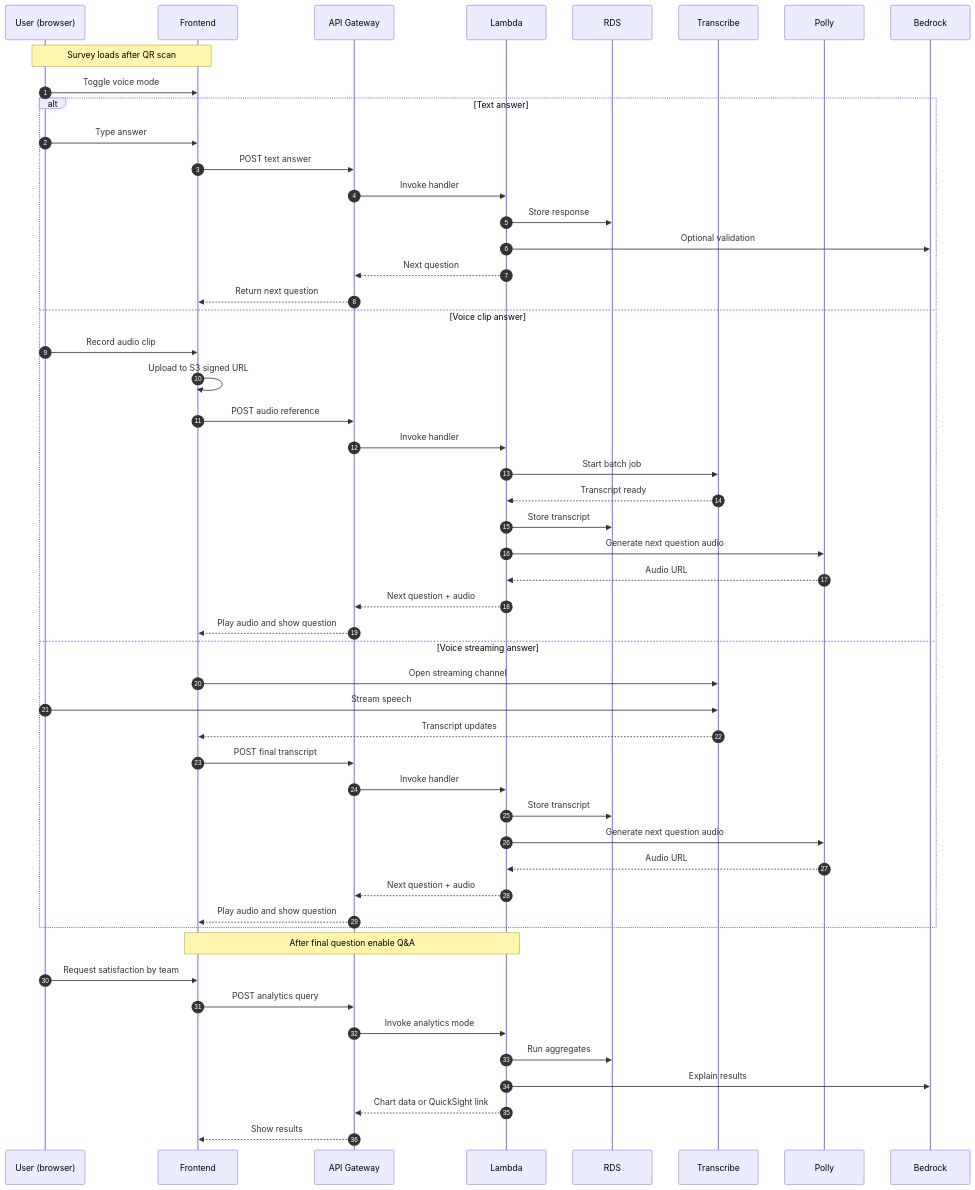
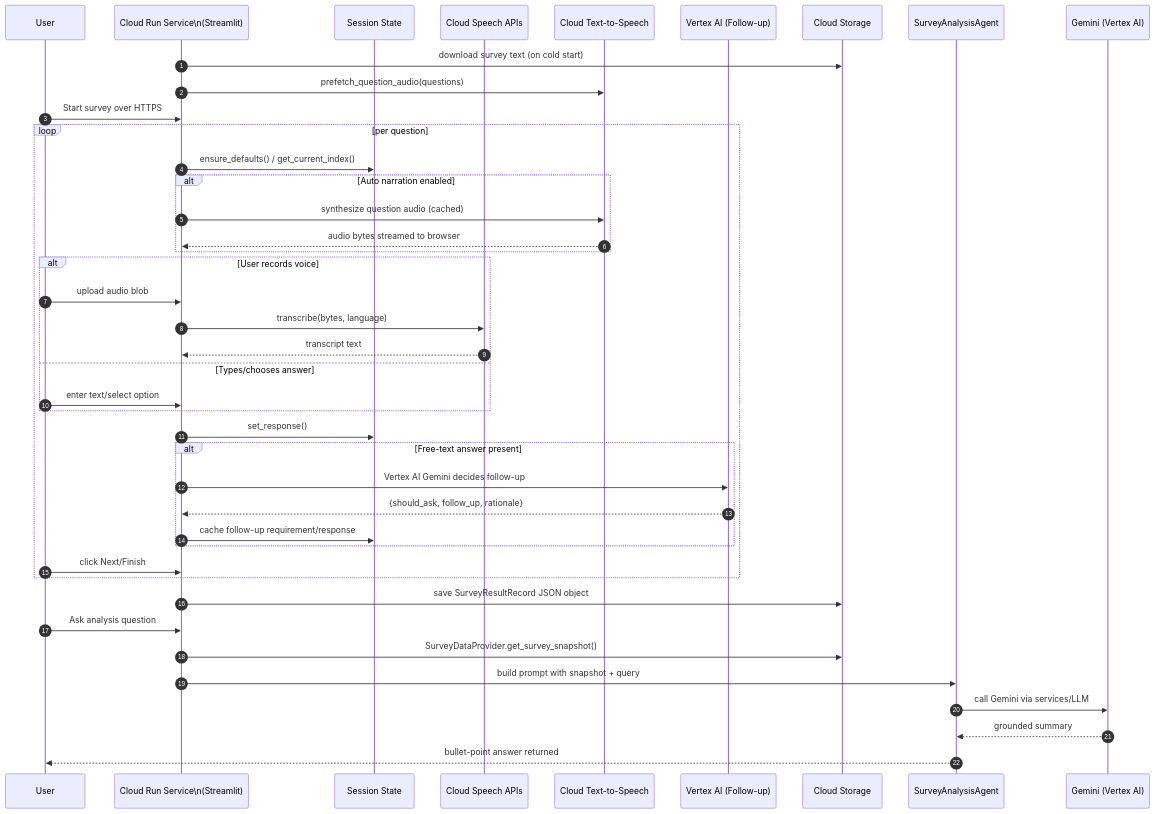
Before and after one commit to saechben/survey_agent: the second of 3 diagrams in architeture.md, drawn with Mermaid. The commit also changed other lines of this file and 6 other files, not shown here.

Commit message:
updates to architecture

````diff
--- a/architeture.md
+++ b/architeture.md
@@ -39,58 +33,47 @@
 ```mermaid
 sequenceDiagram
     autonumber
-    participant User as User (browser)
-    participant App as Frontend
-    participant Gateway as API Gateway
-    participant Lambda as Lambda
-    participant DB as RDS
-    participant Transcribe as Transcribe
-    participant Polly as Polly
-    participant Bedrock as Bedrock
+    participant User
+    participant Run as Cloud Run Service\n(Streamlit)
+    participant State as Session State
+    participant Speech as Cloud Speech APIs
+    participant TTS as Cloud Text-to-Speech
+    participant Agent as Vertex AI (Follow-up)
+    participant Store as Cloud Storage
+    participant Analysis as SurveyAnalysisAgent
+    participant LLM as Gemini (Vertex AI)
 
-    Note over User,App: Survey loads after QR scan
+    Run->>Store: download survey text (on cold start)
+    Run->>TTS: prefetch_question_audio(questions)
+    User->>Run: Start survey over HTTPS
 
-    User->>App: Toggle voice mode
-
-    alt Text answer
-        User->>App: Type answer
-        App->>Gateway: POST text answer
-        Gateway->>Lambda: Invoke handler
-        Lambda->>DB: Store response
-        Lambda->>Bedrock: Optional validation
-        Lambda-->>Gateway: Next question
-        Gateway-->>App: Return next question
-    else Voice clip answer
-        User->>App: Record audio clip
-        App->>App: Upload to S3 signed URL
-        App->>Gateway: POST audio reference
-        Gateway->>Lambda: Invoke handler
-        Lambda->>Transcribe: Start batch job
-        Transcribe-->>Lambda: Transcript ready
-        Lambda->>DB: Store transcript
-        Lambda->>Polly: Generate next question audio
-        Polly-->>Lambda: Audio URL
-        Lambda-->>Gateway: Next question + audio
-        Gateway-->>App: Play audio and show question
-    else Voice streaming answer
-        App->>Transcribe: Open streaming channel
-        User->>Transcribe: Stream speech
-        Transcribe-->>App: Transcript updates
-        App->>Gateway: POST final transcript
-        Gateway->>Lambda: Invoke handler
-        Lambda->>DB: Store transcript
-        Lambda->>Polly: Generate next question audio
-        Polly-->>Lambda: Audio URL
-        Lambda-->>Gateway: Next question + audio
-        Gateway-->>App: Play audio and show question
+    loop per question
+        Run->>State: ensure_defaults() / get_current_index()
+        alt Auto narration enabled
+            Run->>TTS: synthesize question audio (cached)
+            TTS-->>Run: audio bytes streamed to browser
+        end
+        alt User records voice
+            User->>Run: upload audio blob
+            Run->>Speech: transcribe(bytes, language)
+            Speech-->>Run: transcript text
+        else Types/chooses answer
+            User->>Run: enter text/select option
+        end
+        Run->>State: set_response()
+        alt Free-text answer present
+            Run->>Agent: Vertex AI Gemini decides follow-up
+            Agent-->>Run: {should_ask, follow_up, rationale}
+            Run->>State: cache follow-up requirement/response
+        end
+        User->>Run: click Next/Finish
     end
 
-    Note over App,Lambda: After final question enable Q&A
-    User->>App: Request satisfaction by team
-    App->>Gateway: POST analytics query
-    Gateway->>Lambda: Invoke analytics mode
-    Lambda->>DB: Run aggregates
-    Lambda->>Bedrock: Explain results
-    Lambda-->>Gateway: Chart data or QuickSight link
-    Gateway-->>App: Show results
+    Run->>Store: save SurveyResultRecord JSON object
+    User->>Run: Ask analysis question
+    Run->>Store: SurveyDataProvider.get_survey_snapshot()
+    Run->>Analysis: build prompt with snapshot + query
+    Analysis->>LLM: call Gemini via services/LLM
+    LLM-->>Analysis: grounded summary
+    Analysis-->>User: bullet-point answer returned
 ```
````
